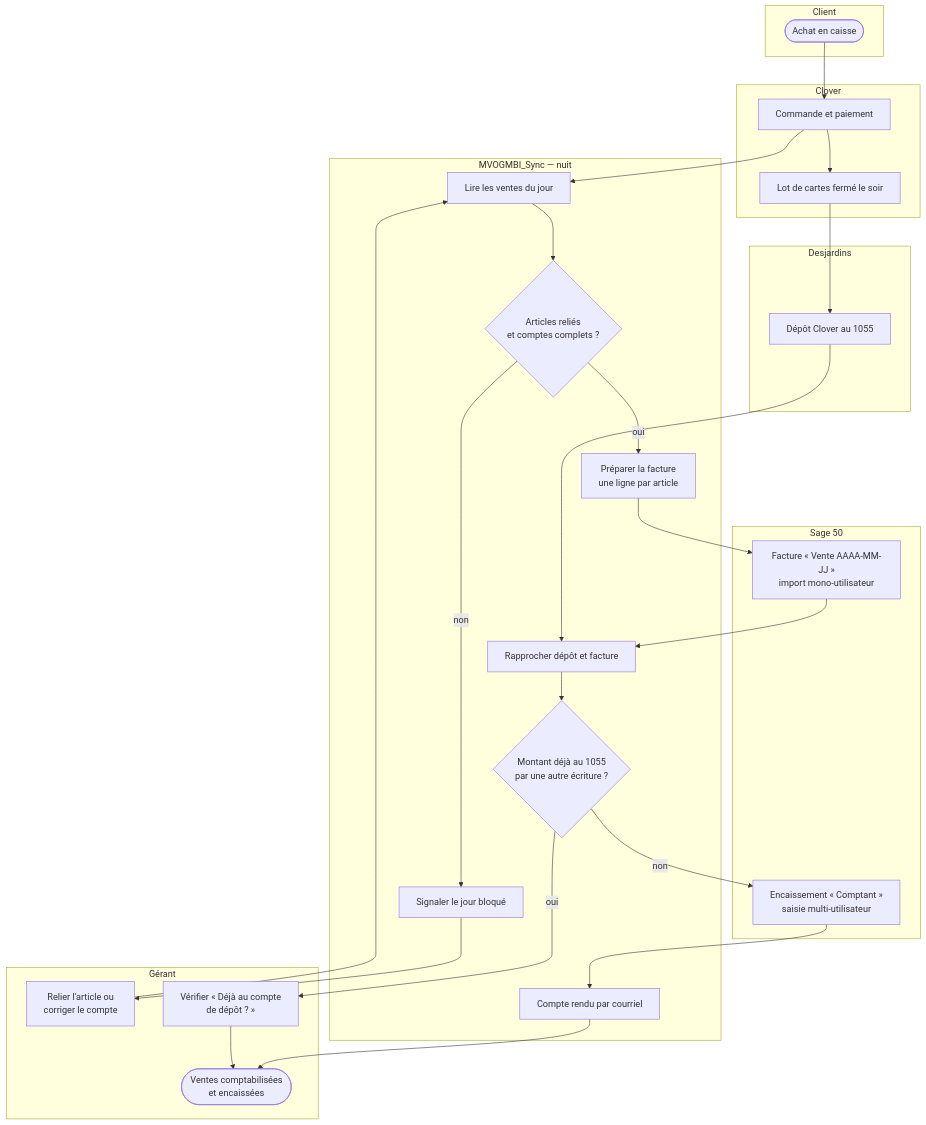
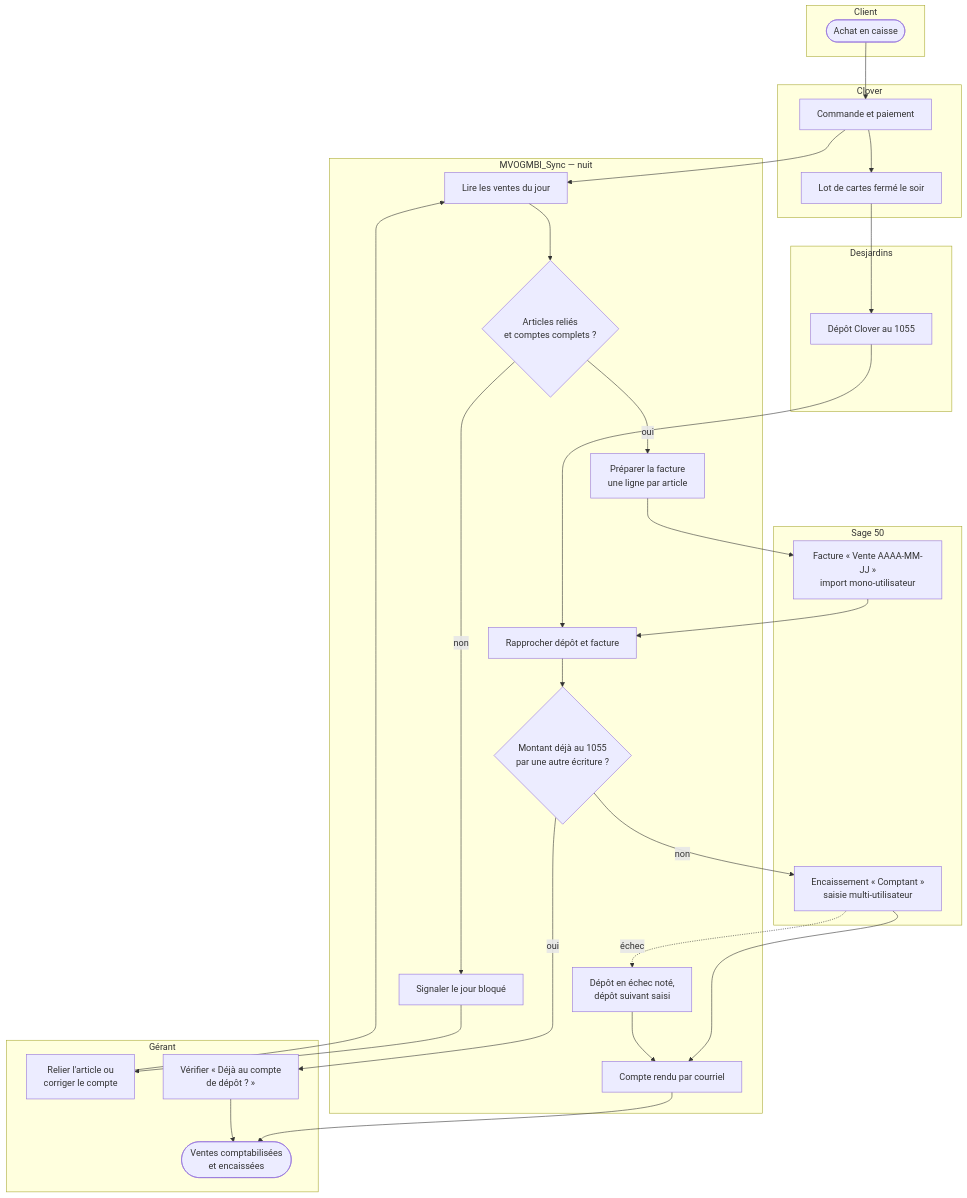
One commit to mteingueng-dot/MVOGMBI_Sync_2026.1 changed the first of 11 diagrams in documentation/PROCESSUS_BPM.md. Above: the diagram before and after it, drawn with Mermaid. The commit also changed other lines of this file and 24 other files, not shown here.

````diff
--- a/documentation/PROCESSUS_BPM.md
+++ b/documentation/PROCESSUS_BPM.md
@@ -11,38 +11,40 @@
 ```mermaid
 flowchart TB
     subgraph CLI["Client"]
         A1([Achat en caisse])
     end
     subgraph CLO["Clover"]
         B1[Commande et paiement]
         B2[Lot de cartes fermé le soir]
     end
     subgraph APP["MVOGMBI_Sync — nuit"]
         C1[Lire les ventes du jour]
         C2{Articles reliés<br/>et comptes complets ?}
         C3[Préparer la facture<br/>une ligne par article]
         C4[Signaler le jour bloqué]
         C5[Rapprocher dépôt et facture]
         C7{Montant déjà au 1055<br/>par une autre écriture ?}
         C6[Compte rendu par courriel]
+        C8[Dépôt en échec noté,<br/>dépôt suivant saisi]
     end
     subgraph SAGE["Sage 50"]
         D1[Facture « Vente AAAA-MM-JJ »<br/>import mono-utilisateur]
         D2[Encaissement « Comptant »<br/>saisie multi-utilisateur]
     end
     subgraph BQ["Desjardins"]
         E1[Dépôt Clover au 1055]
     end
     subgraph GER["Gérant"]
         F1[Relier l'article ou<br/>corriger le compte]
         F2([Ventes comptabilisées<br/>et encaissées])
         F3[Vérifier « Déjà au compte<br/>de dépôt ? »]
     end
     A1 --> B1 --> C1 --> C2
     C2 -- oui --> C3 --> D1
     C2 -- non --> C4 --> F1 --> C1
     B1 --> B2 --> E1 --> C5
     D1 --> C5 --> C7
     C7 -- non --> D2 --> C6 --> F2
     C7 -- oui --> F3 --> F2
+    D2 -. échec .-> C8 --> C6
 ```
````
